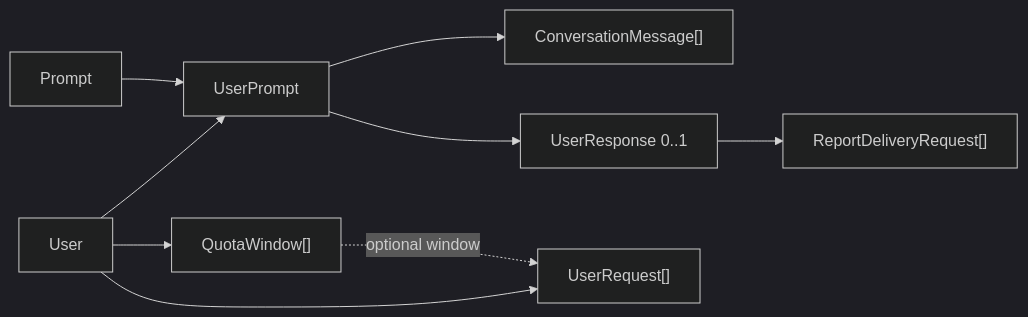
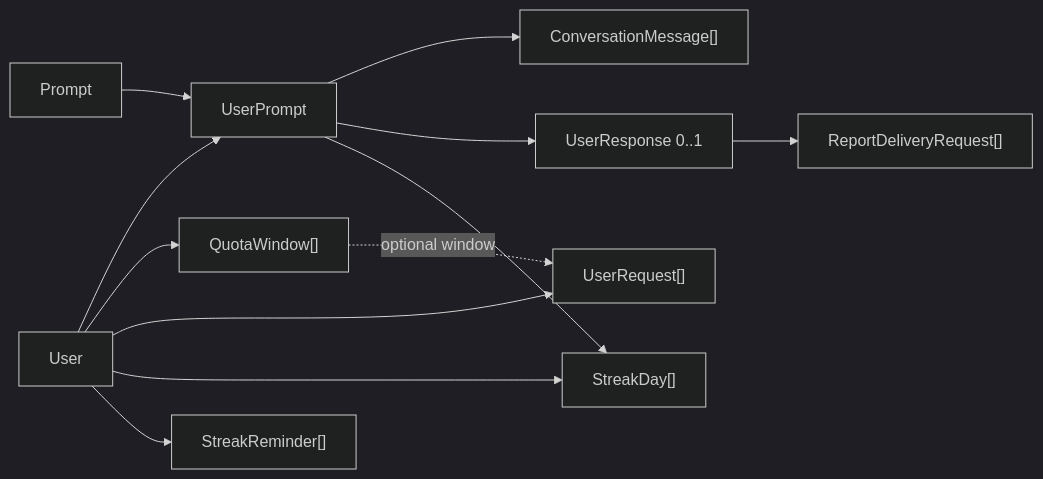
One commit to moredark/talking-bob changed the first of 4 diagrams in docs/architecture/05-data-and-state.md. Above: the diagram before and after it, drawn with Mermaid (dark theme). The commit also changed other lines of this file and 43 other files, not shown here.

````diff
--- a/docs/architecture/05-data-and-state.md
+++ b/docs/architecture/05-data-and-state.md
@@ -26,11 +28,14 @@
 ```mermaid
 flowchart LR
     U["User"] --> UP["UserPrompt"]
     P["Prompt"] --> UP
     UP --> CM["ConversationMessage[]"]
     UP --> UR["UserResponse 0..1"]
     UR --> RD["ReportDeliveryRequest[]"]
     U --> UW["QuotaWindow[]"]
     U --> REQ["UserRequest[]"]
+    U --> SD["StreakDay[]"]
+    U --> SR["StreakReminder[]"]
+    UP --> SD
     UW -. optional window .-> REQ
 ```
````
